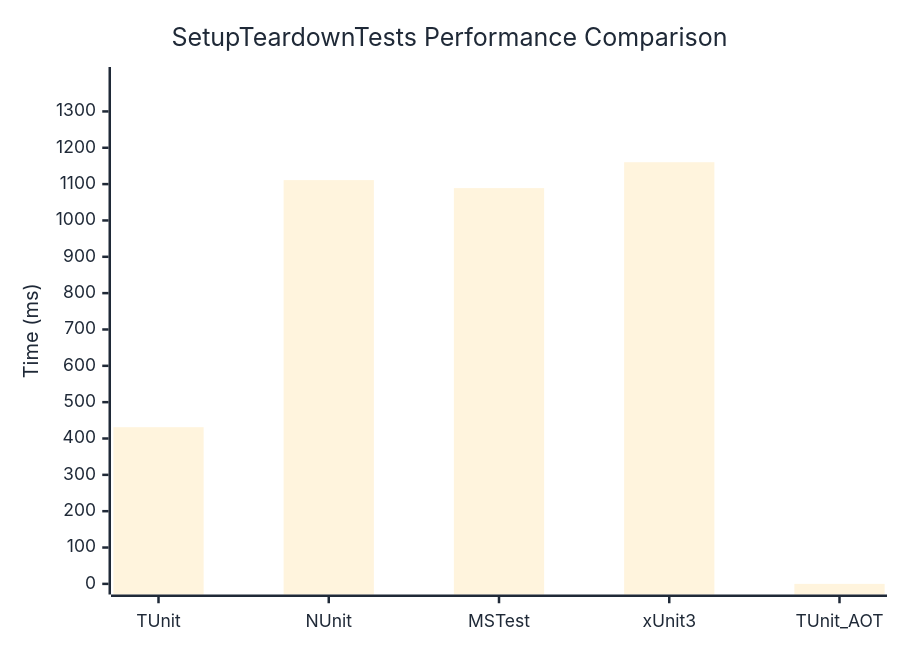
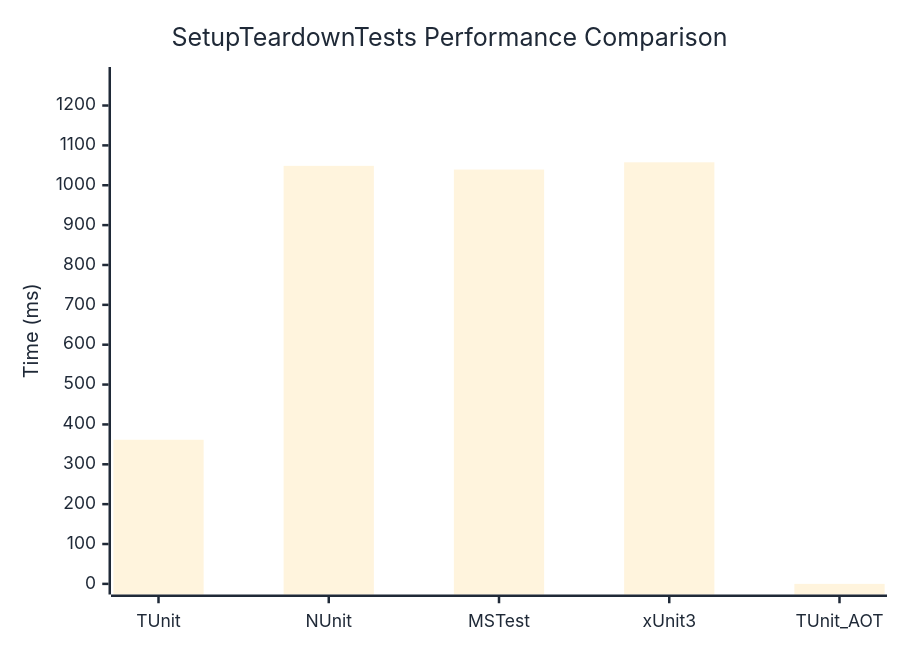
Before and after one commit to thomhurst/TUnit: the diagram in docs/docs/benchmarks/engine/SetupTeardownTests.md, drawn with Mermaid. The commit also changed other lines of this file and 17 other files, not shown here.

````diff
--- a/docs/docs/benchmarks/engine/SetupTeardownTests.md
+++ b/docs/docs/benchmarks/engine/SetupTeardownTests.md
@@ -29,37 +29,37 @@
 ```mermaid
 %%{init: {
   'theme':'base',
   'themeVariables': {
     'primaryColor': '#2563eb',
     'primaryTextColor': '#1f2937',
     'primaryBorderColor': '#1e40af',
     'lineColor': '#6b7280',
     'secondaryColor': '#7c3aed',
     'tertiaryColor': '#dc2626',
     'background': '#ffffff',
     'mainBkg': '#2563eb',
     'secondBkg': '#7c3aed',
     'tertiaryBkg': '#dc2626',
     'clusterBkg': '#f3f4f6',
     'edgeLabelBackground': '#ffffff',
     'tertiaryTextColor': '#1f2937',
     'pie1': '#2563eb',
     'pie2': '#7c3aed',
     'pie3': '#dc2626',
     'pie4': '#f59e0b',
     'pie5': '#10b981',
     'pie6': '#06b6d4',
     'pie7': '#ec4899',
     'pie8': '#6366f1',
     'pie9': '#84cc16',
     'pie10': '#f97316',
     'pie11': '#14b8a6',
     'pie12': '#a855f7'
   }
 }}%%
 xychart-beta
   title "SetupTeardownTests Performance Comparison"
   x-axis ["TUnit", "NUnit", "MSTest", "xUnit3", "TUnit_AOT"]
-  y-axis "Time (ms)" 0 --> 1393
-  bar [431.1, 1111, 1089, 1160.2, 0]
+  y-axis "Time (ms)" 0 --> 1270
+  bar [361.5, 1048.7, 1039.4, 1057.6, 0]
 ```
````
